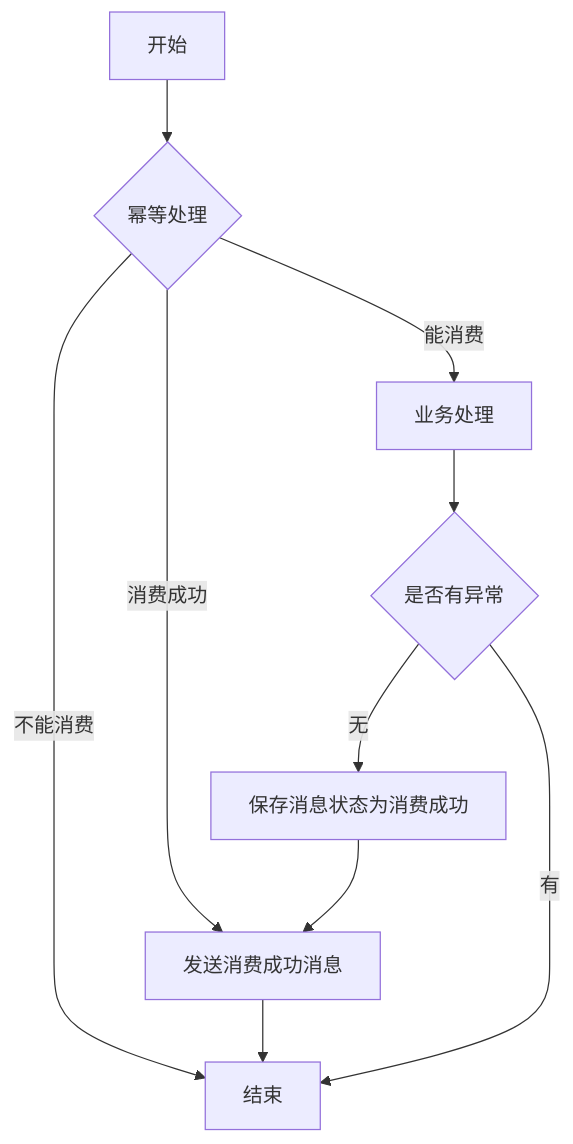
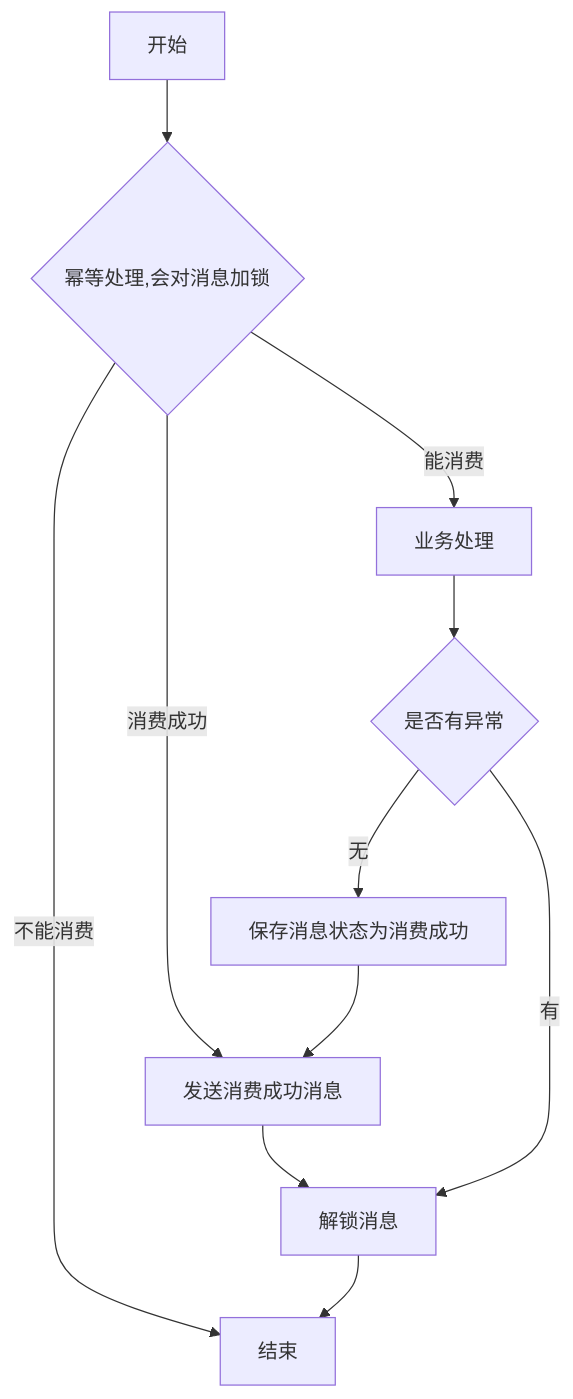
Before and after one commit to zhangzhenliang0123/mq-springboot-reliable: the third of 5 diagrams in README.md, drawn with Mermaid. The commit also changed other lines of this file and 186 other files, not shown here.

````diff
--- a/README.md
+++ b/README.md
@@ -59,12 +65,13 @@
 ```mermaid
 graph TD
-    A[开始] --> B{幂等处理}
-    B -->|不能消费| D[结束]
+    A[开始] --> B{幂等处理,会对消息加锁}
+    B -->|不能消费| H[结束]
     B -->|消费成功| C[发送消费成功消息]
-    C -->D[结束]
+    C -->D[解锁消息]
     B -->|能消费| E[业务处理]
     E -->F{是否有异常}
-    F -->|有| D[结束]
+    F -->|有| D[解锁消息]
     F -->|无| J[保存消息状态为消费成功]
     J -->C[发送消费成功消息]
+    D -->H[结束]
 ```
````
